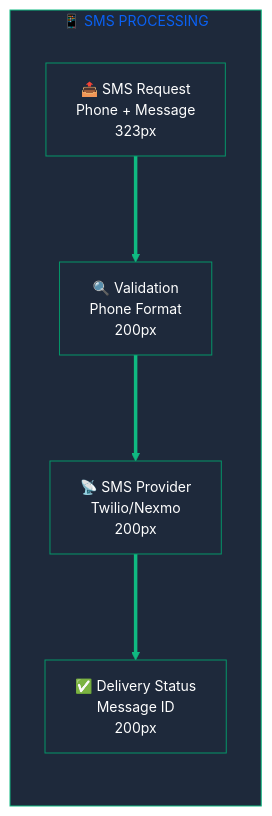
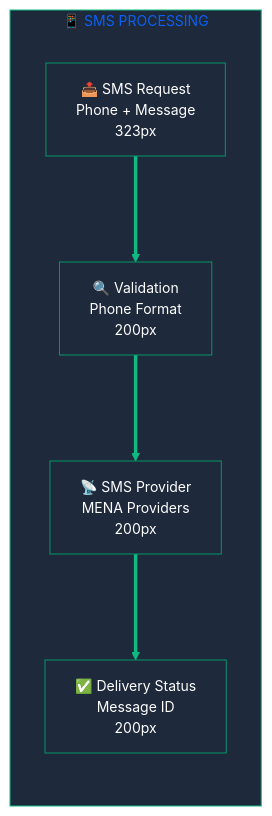
One commit to abdoElHodaky/larvrevrstender changed the second of 3 diagrams in docs/api/notification-delegation-interface.md. Above: the diagram before and after it, drawn with Mermaid. The commit also changed other lines of this file and 6 other files, not shown here.

````diff
--- a/docs/api/notification-delegation-interface.md
+++ b/docs/api/notification-delegation-interface.md
@@ -184,37 +184,37 @@
 ```mermaid
 %%{init: {
   'theme': 'base',
   'themeVariables': {
     'primaryColor': '#10B981',
     'primaryTextColor': '#FFFFFF',
     'primaryBorderColor': '#059669',
     'lineColor': '#10B981',
     'secondaryColor': '#3B82F6',
     'tertiaryColor': '#F59E0B',
     'background': '#0F172A',
     'mainBkg': '#1E293B',
     'secondBkg': '#334155',
     'clusterBkg': '#1E293B',
     'clusterBorder': '#10B981',
     'fontFamily': 'Inter, Segoe UI, Roboto, sans-serif',
     'fontSize': '14px'
   },
   'flowchart': {
     'rankSpacing': 81,
     'nodeSpacing': 50,
     'curve': 'basis'
   }
 }}%%
 
 graph LR
     subgraph "📱 SMS PROCESSING"
         SMS_REQUEST["📤 SMS Request<br/>Phone + Message<br/>323px"]
         SMS_VALIDATE["🔍 Validation<br/>Phone Format<br/>200px"]
-        SMS_PROVIDER["📡 SMS Provider<br/>Twilio/Nexmo<br/>200px"]
+        SMS_PROVIDER["📡 SMS Provider<br/>MENA Providers<br/>200px"]
         SMS_RESPONSE["✅ Delivery Status<br/>Message ID<br/>200px"]
     end
     
     SMS_REQUEST ==> SMS_VALIDATE
     SMS_VALIDATE ==> SMS_PROVIDER
     SMS_PROVIDER ==> SMS_RESPONSE
 ```
````
